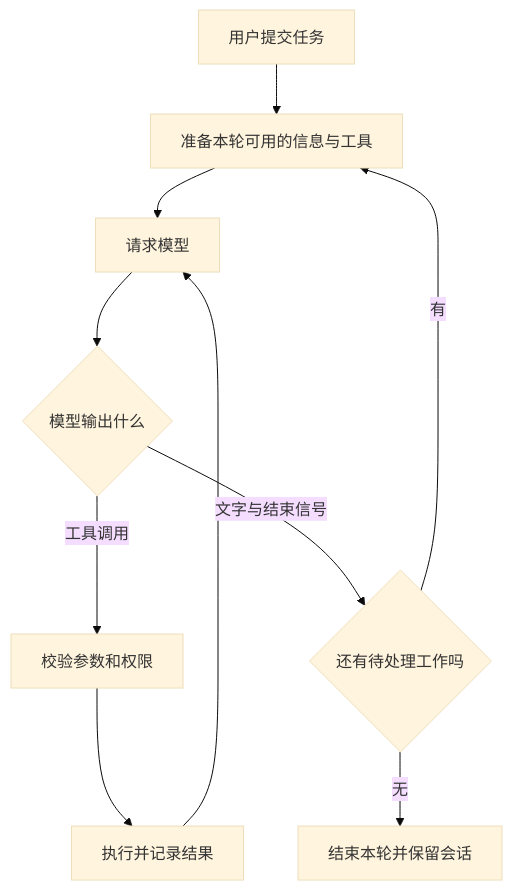
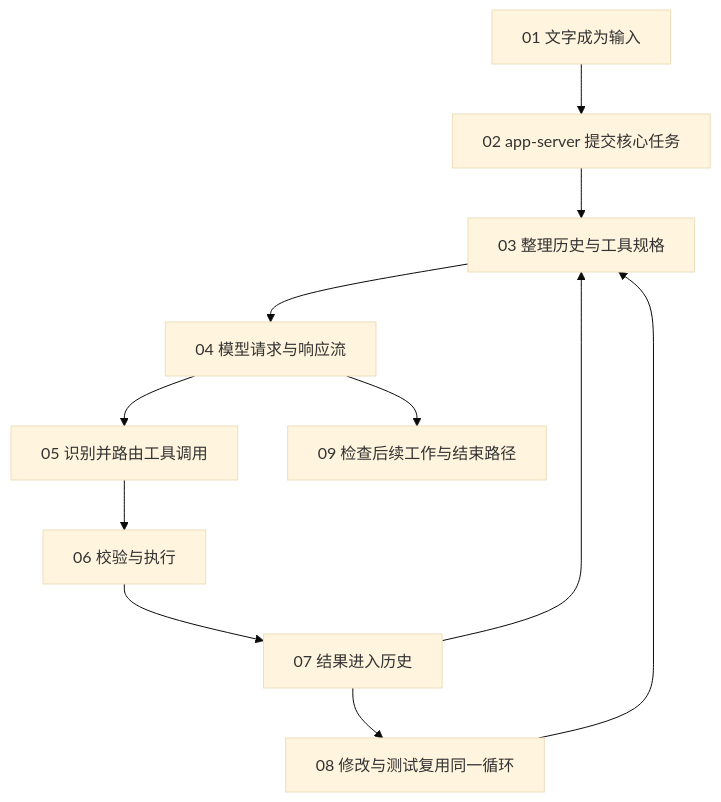
One commit to zaricgm966/deepagents-zh changed the diagram in markdown/codex-source-analysis.md. Above: the diagram before and after it, drawn with Mermaid (base theme). The commit also changed other lines of this file and 141 other files, not shown here.

````diff
--- a/markdown/codex-source-analysis.md
+++ b/markdown/codex-source-analysis.md
@@ -15,12 +30,13 @@
 ```mermaid
 flowchart TD
-  A[用户提交任务] --> B[准备本轮可用的信息与工具]
-  B --> C[请求模型]
-  C --> D{模型输出什么}
-  D -->|工具调用| E[校验参数和权限]
-  E --> F[执行并记录结果]
-  F --> C
-  D -->|文字与结束信号| G{还有待处理工作吗}
-  G -->|有| B
-  G -->|无| H[结束本轮并保留会话]
+    A[01 文字成为输入] --> B[02 app-server 提交核心任务]
+    B --> C[03 整理历史与工具规格]
+    C --> D[04 模型请求与响应流]
+    D --> E[05 识别并路由工具调用]
+    E --> F[06 校验与执行]
+    F --> G[07 结果进入历史]
+    G --> C
+    G --> H[08 修改与测试复用同一循环]
+    H --> C
+    D --> I[09 检查后续工作与结束路径]
 ```
````
